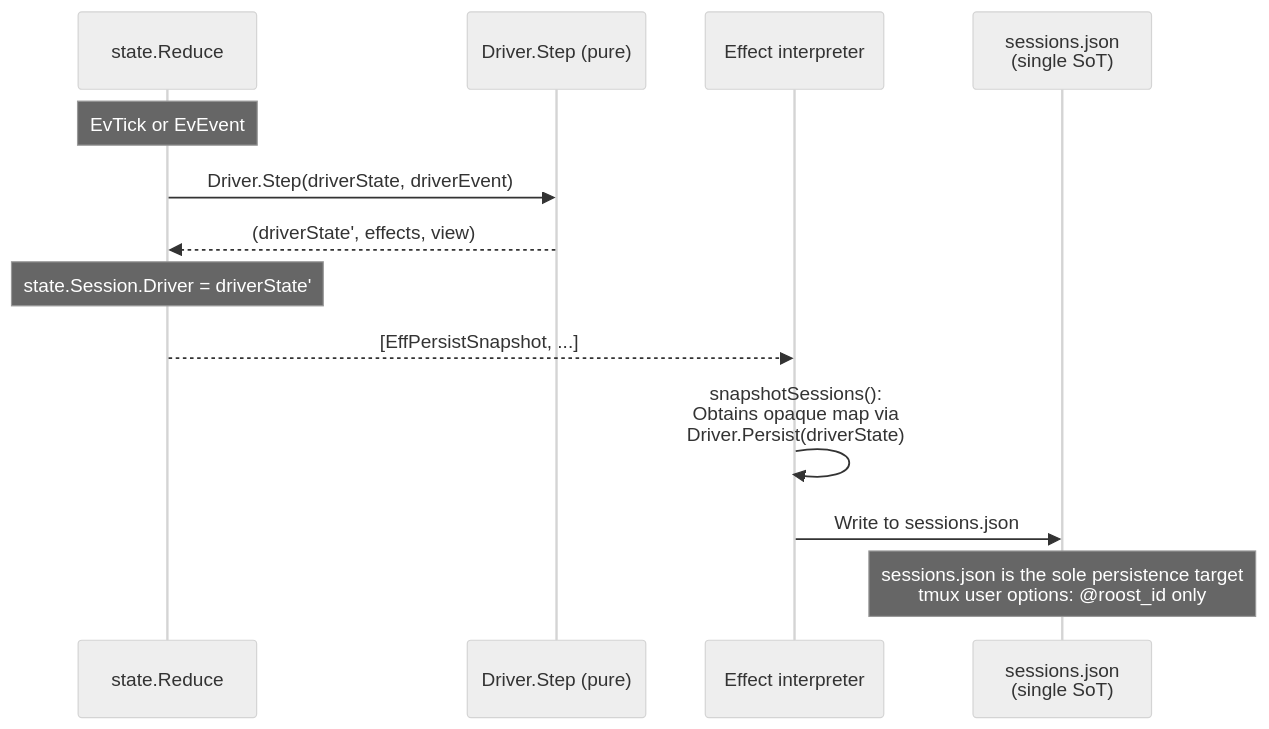
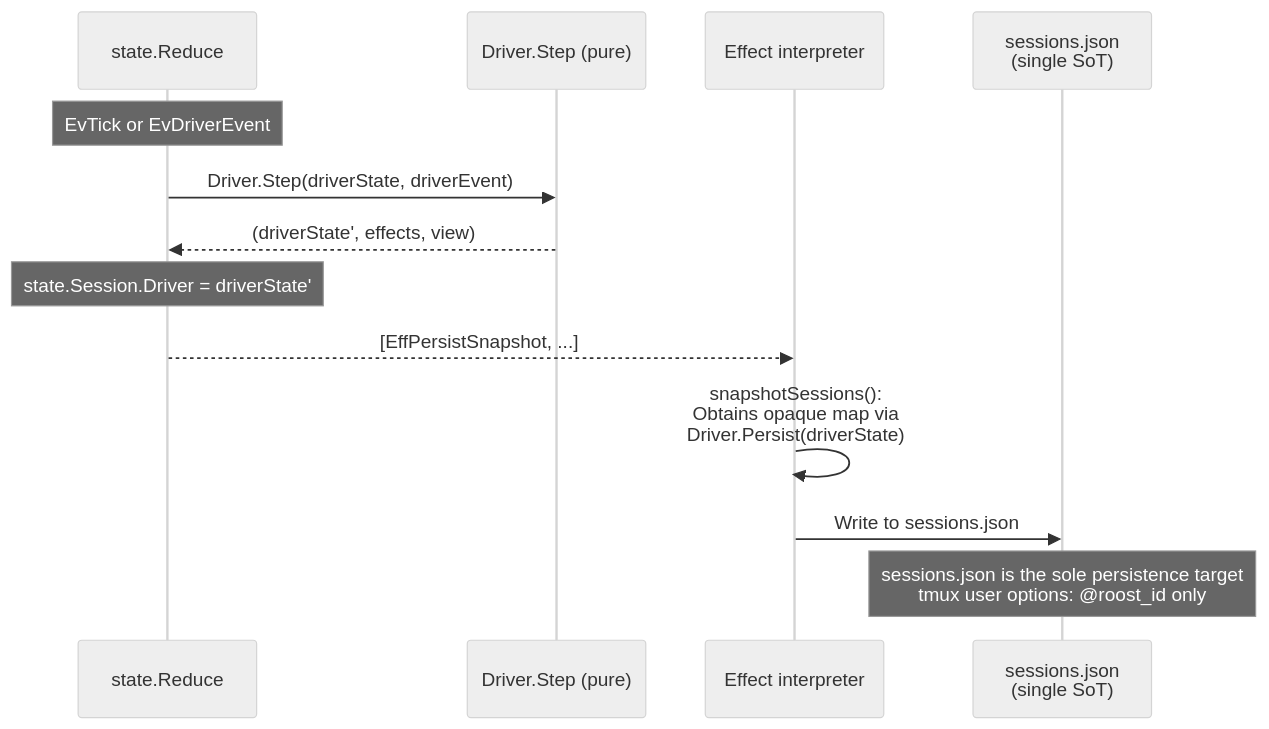
Before and after one commit to takezoh/agent-roost: the second of 3 diagrams in docs/state-monitoring.md, drawn with Mermaid (neutral theme). The commit also changed other lines of this file and 3 other files, not shown here.

````diff
--- a/docs/state-monitoring.md
+++ b/docs/state-monitoring.md
@@ -99,16 +99,16 @@
 ```mermaid
 sequenceDiagram
     participant Red as state.Reduce
     participant Drv as Driver.Step (pure)
     participant Interp as Effect interpreter
     participant JSON as sessions.json<br/>(single SoT)
 
-    Note over Red: EvTick or EvEvent
+    Note over Red: EvTick or EvDriverEvent
     Red->>Drv: Driver.Step(driverState, driverEvent)
     Drv-->>Red: (driverState', effects, view)
     Note over Red: state.Session.Driver = driverState'
     Red-->>Interp: [EffPersistSnapshot, ...]
     Interp->>Interp: snapshotSessions():<br/>Obtains opaque map via<br/>Driver.Persist(driverState)
     Interp->>JSON: Write to sessions.json
     Note over JSON: sessions.json is the sole persistence target<br/>tmux user options: @roost_id only
 ```
````
